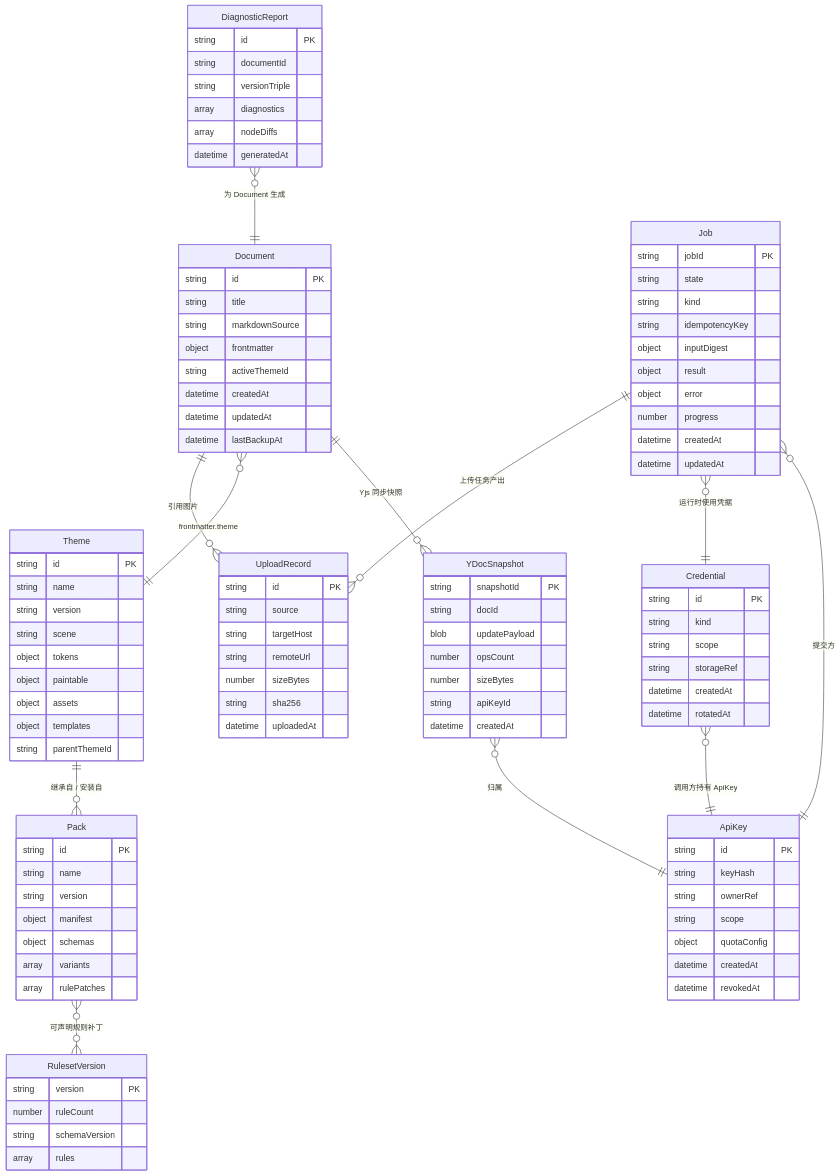
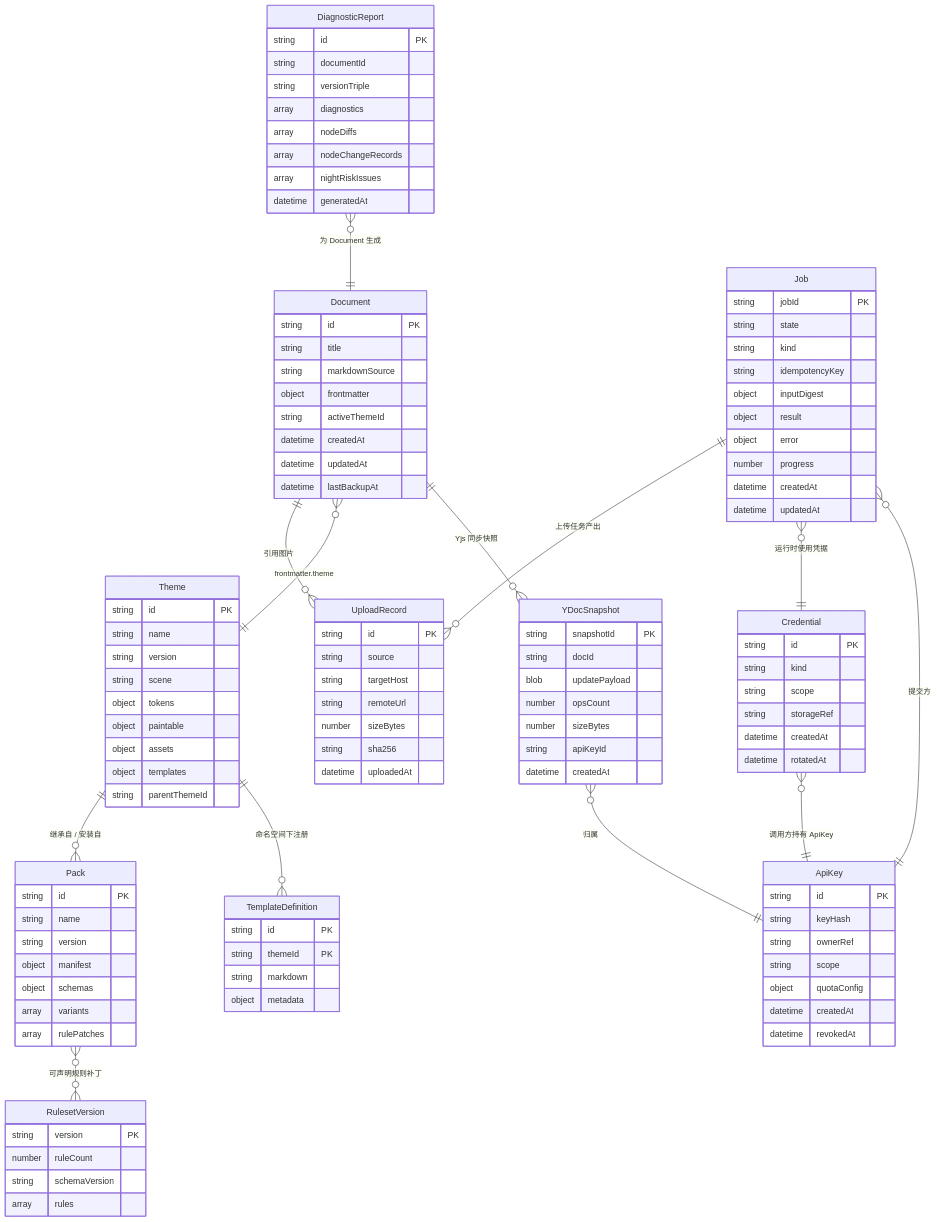
The diagram in docs/arch/arch-wechat-flow-data.md (lync-cyber/wechat-flow), drawn with Mermaid before and after one commit. The commit also changed other lines of this file and 23 other files, not shown here.

````diff
--- a/docs/arch/arch-wechat-flow-data.md
+++ b/docs/arch/arch-wechat-flow-data.md
@@ -34,6 +34,7 @@
     Document }o--|| Theme : "frontmatter.theme"
     Document ||--o{ YDocSnapshot : "Yjs 同步快照"
     Theme ||--o{ Pack : "继承自 / 安装自"
+    Theme ||--o{ TemplateDefinition : "命名空间下注册"
     Pack }o--o{ RulesetVersion : "可声明规则补丁"
     Job ||--o{ UploadRecord : "上传任务产出"
     Job }o--|| Credential : "运行时使用凭据"
@@ -113,6 +114,8 @@
       string versionTriple
       array diagnostics
       array nodeDiffs
+      array nodeChangeRecords
+      array nightRiskIssues
       datetime generatedAt
     }
     ApiKey {
@@ -133,4 +136,10 @@
       string apiKeyId
       datetime createdAt
     }
+    TemplateDefinition {
+      string id PK
+      string themeId PK
+      string markdown
+      object metadata
+    }
 ```
````
